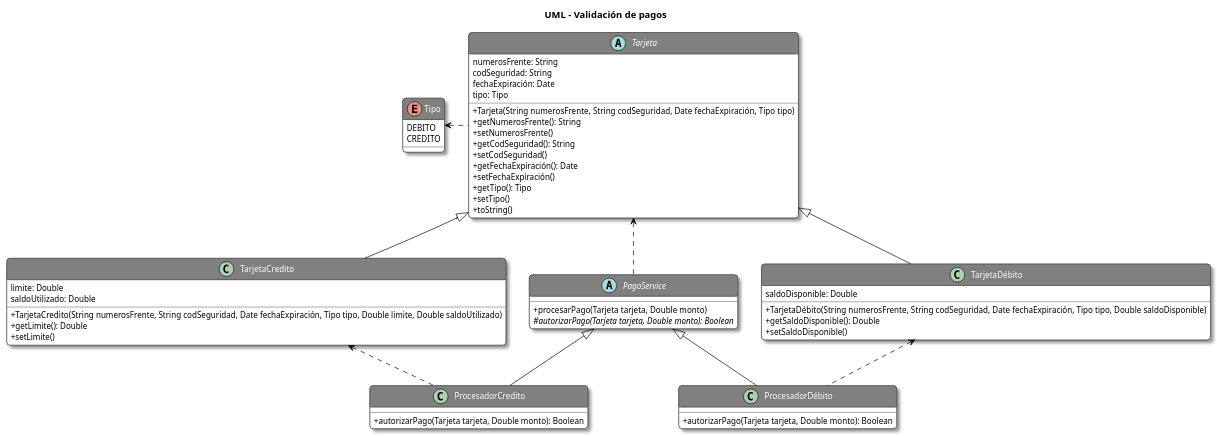
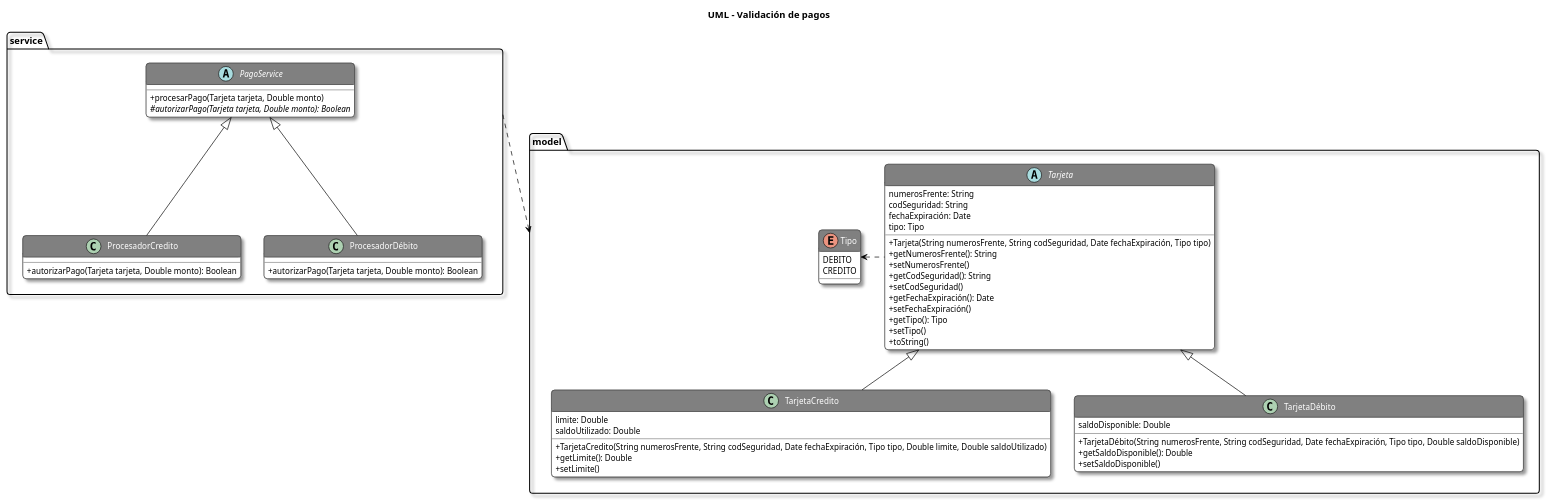
Before and after one commit to hfelipeserna/hfelipeserna.github.io: the diagram in Digital_House-Certified_Tech_Developer/Backend_I/Template_method_pattern/Validación_pagos/src/Validacion_pagos.puml, drawn with PlantUML.

Commit message:
[REFACTOR] Modifcar las relaciones de uso entre package en el diagrama UML

```diff
--- a/Digital_House-Certified_Tech_Developer/Backend_I/Template_method_pattern/Validación_pagos/src/Validacion_pagos.puml
+++ b/Digital_House-Certified_Tech_Developer/Backend_I/Template_method_pattern/Validación_pagos/src/Validacion_pagos.puml
@@ -1,96 +1,105 @@
 @startuml
 'https://plantuml.com/class-diagram
 
 '___________STYLES___________
 title UML - Validación de pagos
 skinparam classAttributeIconSize 0
 skinparam backgroundColor White
 skinparam RoundCorner 10
 skinparam Shadowing true
 
 skinparam class {
     ArrowColor Black
     BackgroundColor White
     HeaderBackgroundColor Gray
     BorderColor Black
     FontColor White
     FontSize 14
     AttributeFontSize 12
 }
 
 skinparam object{
     ArrowColor Black
     BackgroundColor White
     BorderColor Black
     FontColor Black
     FontSize 14
     AttributeFontSize 12
 }
 
 skinparam note {
     BackgroundColor LightYellow
     BorderColor Black
 }
 
 '___________UML___________
 
+package model{
+
 abstract Tarjeta{
 numerosFrente: String
 codSeguridad: String
 fechaExpiración: Date
 tipo: Tipo
 +Tarjeta(String numerosFrente, String codSeguridad, Date fechaExpiración, Tipo tipo)
 +getNumerosFrente(): String
 +setNumerosFrente()
 +getCodSeguridad(): String
 +setCodSeguridad()
 +getFechaExpiración(): Date
 +setFechaExpiración()
 +getTipo(): Tipo
 +setTipo()
 +toString()
 }
 
 class TarjetaCredito{
 limite: Double
 saldoUtilizado: Double
 +TarjetaCredito(String numerosFrente, String codSeguridad, Date fechaExpiración, Tipo tipo, Double limite, Double saldoUtilizado)
 +getLimite(): Double
 +setLimite()
 }
 
 class TarjetaDébito{
 saldoDisponible: Double
 +TarjetaDébito(String numerosFrente, String codSeguridad, Date fechaExpiración, Tipo tipo, Double saldoDisponible)
 +getSaldoDisponible(): Double
 +setSaldoDisponible()
 }
 
+enum Tipo{
+DEBITO
+CREDITO
+}
+
+}
+
+package service {
+
 abstract PagoService{
 +procesarPago(Tarjeta tarjeta, Double monto)
 #{abstract} autorizarPago(Tarjeta tarjeta, Double monto): Boolean
 }
 
 class ProcesadorCredito{
 +autorizarPago(Tarjeta tarjeta, Double monto): Boolean
 }
 
 class ProcesadorDébito{
 +autorizarPago(Tarjeta tarjeta, Double monto): Boolean
 }
 
-enum Tipo{
-DEBITO
-CREDITO
 }
 
 Tipo <. Tarjeta
 Tarjeta <|-- TarjetaCredito
 Tarjeta <|-- TarjetaDébito
-Tarjeta <.. PagoService
+
 PagoService <|-- ProcesadorCredito
 PagoService <|-- ProcesadorDébito
-TarjetaCredito <.. ProcesadorCredito
-TarjetaDébito <.. ProcesadorDébito
+
+service ..> model
+
 
 @enduml
```
